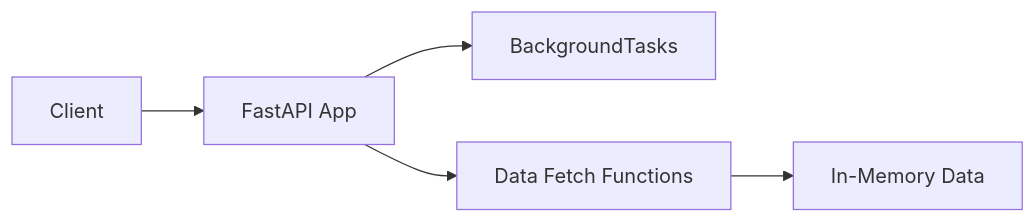
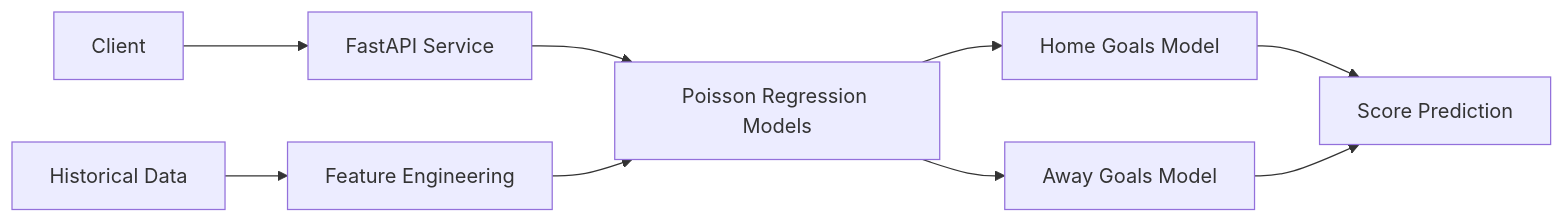
Before and after one commit to Vincent-Valentino/libero: the diagram in libero-ml/README.md, drawn with Mermaid. The commit also changed other lines of this file and 1051 other files, not shown here.

````diff
--- a/libero-ml/README.md
+++ b/libero-ml/README.md
@@ -53,7 +110,11 @@
 ```mermaid
 graph LR
-  Client --> FastAPI[FastAPI App]
-  FastAPI --> BackgroundTasks[BackgroundTasks]
-  FastAPI --> DataFetch[Data Fetch Functions]
-  DataFetch --> PlaceholderDB[In-Memory Data]
-```  
+  Client --> FastAPI[FastAPI Service]
+  FastAPI --> PoissonModel[Poisson Regression Models]
+  PoissonModel --> HomeGoals[Home Goals Model]
+  PoissonModel --> AwayGoals[Away Goals Model]
+  HomeGoals --> Prediction[Score Prediction]
+  AwayGoals --> Prediction
+  Data[Historical Data] --> FeatureEng[Feature Engineering]
+  FeatureEng --> PoissonModel
+```
````
